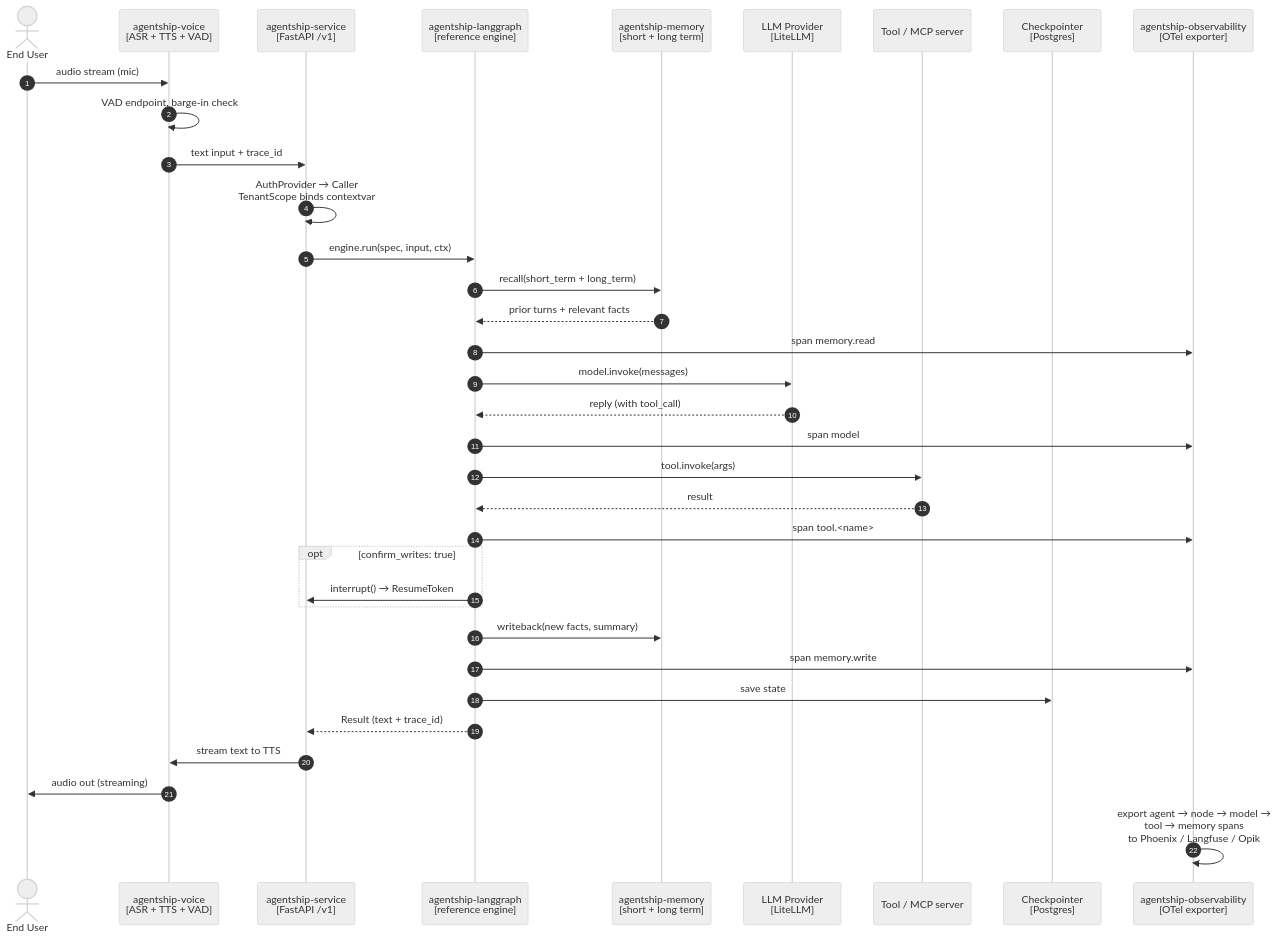
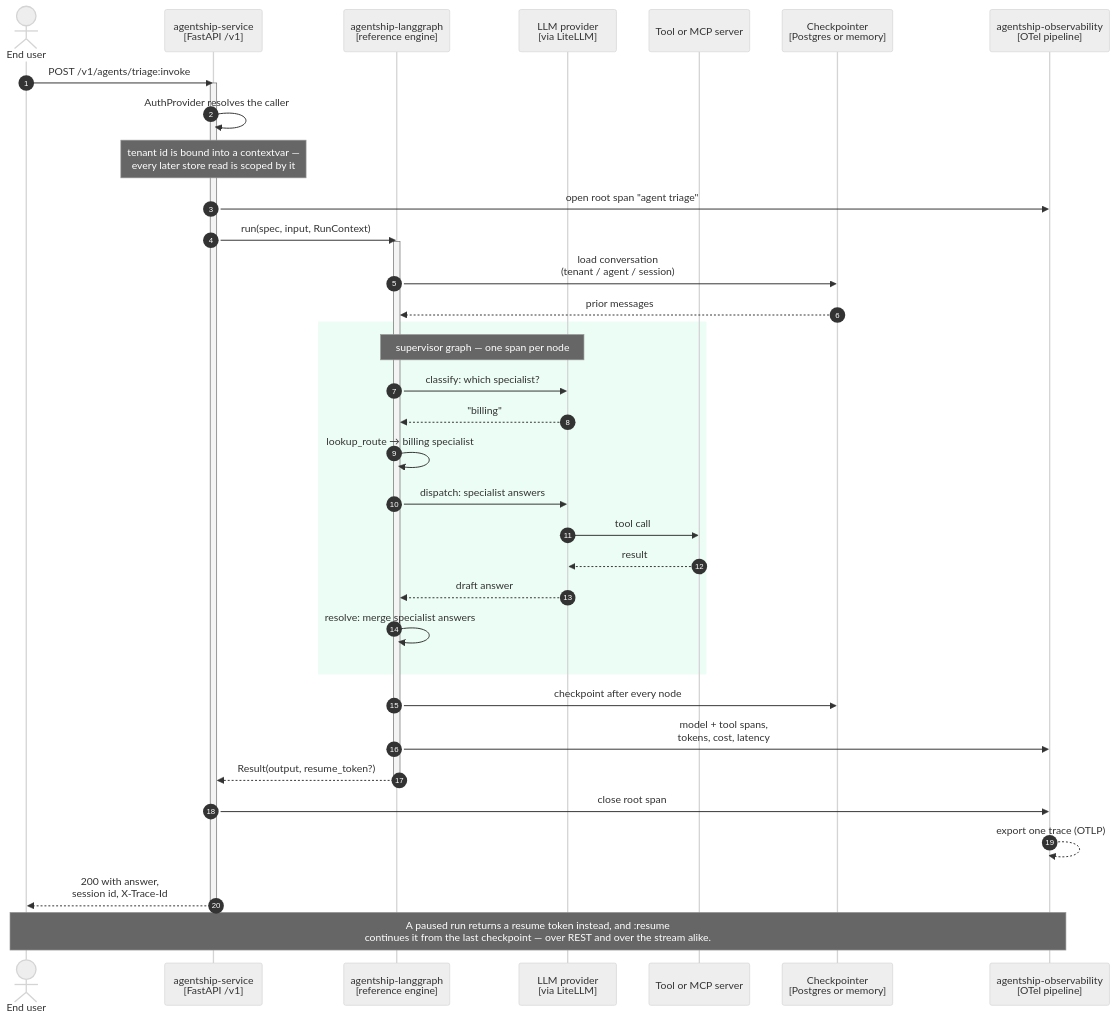
Before and after one commit to Agent-Ship/agent-ship: the diagram in figures/turn-lifecycle.mmd, drawn with Mermaid (neutral theme). The commit also changed 9 other files, not shown here.

First line of the commit message:
docs(paper): redraw the C4 figures, and stop drawing software that does not exist

```diff
--- a/figures/turn-lifecycle.mmd
+++ b/figures/turn-lifecycle.mmd
@@ -1,38 +1,58 @@
-%% Figure 3 — C4 Dynamic: one voice turn end to end (full-vision harness).
-%% Render:  mmdc -i figures/turn-lifecycle.mmd -o figures/turn-lifecycle.png -b white -s 3 -c figures/mermaid-config.json
 sequenceDiagram
+%% Figure 3 — C4 Level 3 (Dynamic): one HTTP turn through the triage harness, end to end.
+%% -
+%% Render:
+%%   mmdc -i figures/turn-lifecycle.mmd -o figures/turn-lifecycle.png
+%%        -b white -s 3 -c figures/mermaid-config.json
+%% -
+%% This traces the request the paper describes in "One turn end to end": a POST to
+%% :invoke against triage.yaml, through authentication and tenant scoping, into the
+%% supervisor graph, out to a specialist and its tools, and back — emitting exactly one
+%% OpenTelemetry trace.
+%% -
+%% Every participant here is a component that EXISTS. The previous version of this figure
+%% showed an agentship-memory container, which has never been written, and depicted a
+%% voice turn while the surrounding prose described this HTTP one.
   autonumber
-  actor Caller as End User
-  participant VOICE as agentship-voice<br/>[ASR + TTS + VAD]
+  actor U as End user
   participant SVC as agentship-service<br/>[FastAPI /v1]
   participant ENG as agentship-langgraph<br/>[reference engine]
-  participant MEM as agentship-memory<br/>[short + long term]
-  participant LLM as LLM Provider<br/>[LiteLLM]
-  participant TOOL as Tool / MCP server
-  participant CKPT as Checkpointer<br/>[Postgres]
-  participant OBS as agentship-observability<br/>[OTel exporter]
+  participant LLM as LLM provider<br/>[via LiteLLM]
+  participant TOOL as Tool or MCP server
+  participant CKPT as Checkpointer<br/>[Postgres or memory]
+  participant OBS as agentship-observability<br/>[OTel pipeline]
 
-  Caller->>VOICE: audio stream (mic)
-  VOICE->>VOICE: VAD endpoint, barge-in check
-  VOICE->>SVC: text input + trace_id
-  SVC->>SVC: AuthProvider → Caller<br/>TenantScope binds contextvar
-  SVC->>ENG: engine.run(spec, input, ctx)
-  ENG->>MEM: recall(short_term + long_term)
-  MEM-->>ENG: prior turns + relevant facts
-  ENG->>OBS: span memory.read
-  ENG->>LLM: model.invoke(messages)
-  LLM-->>ENG: reply (with tool_call)
-  ENG->>OBS: span model
-  ENG->>TOOL: tool.invoke(args)
-  TOOL-->>ENG: result
-  ENG->>OBS: span tool.<name>
-  opt confirm_writes: true
-    ENG->>SVC: interrupt() → ResumeToken
+  U->>SVC: POST /v1/agents/triage:invoke
+  activate SVC
+  SVC->>SVC: AuthProvider resolves the caller
+  Note over SVC: tenant id is bound into a contextvar —<br/>every later store read is scoped by it
+  SVC->>OBS: open root span "agent triage"
+  SVC->>ENG: run(spec, input, RunContext)
+  activate ENG
+
+  ENG->>CKPT: load conversation<br/>(tenant / agent / session)
+  CKPT-->>ENG: prior messages
+
+  rect rgb(236, 253, 245)
+    Note over ENG,LLM: supervisor graph — one span per node
+    ENG->>LLM: classify: which specialist?
+    LLM-->>ENG: "billing"
+    ENG->>ENG: lookup_route → billing specialist
+    ENG->>LLM: dispatch: specialist answers
+    LLM->>TOOL: tool call
+    TOOL-->>LLM: result
+    LLM-->>ENG: draft answer
+    ENG->>ENG: resolve: merge specialist answers
   end
-  ENG->>MEM: writeback(new facts, summary)
-  ENG->>OBS: span memory.write
-  ENG->>CKPT: save state
-  ENG-->>SVC: Result (text + trace_id)
-  SVC->>VOICE: stream text to TTS
-  VOICE->>Caller: audio out (streaming)
-  OBS->>OBS: export agent → node → model →<br/>tool → memory spans<br/>to Phoenix / Langfuse / Opik
+
+  ENG->>CKPT: checkpoint after every node
+  ENG->>OBS: model + tool spans,<br/>tokens, cost, latency
+  ENG-->>SVC: Result(output, resume_token?)
+  deactivate ENG
+
+  SVC->>OBS: close root span
+  OBS-->>OBS: export one trace (OTLP)
+  SVC-->>U: 200 with answer,<br/>session id, X-Trace-Id
+  deactivate SVC
+
+  Note over U,OBS: A paused run returns a resume token instead, and :resume<br/>continues it from the last checkpoint — over REST and over the stream alike.
```
